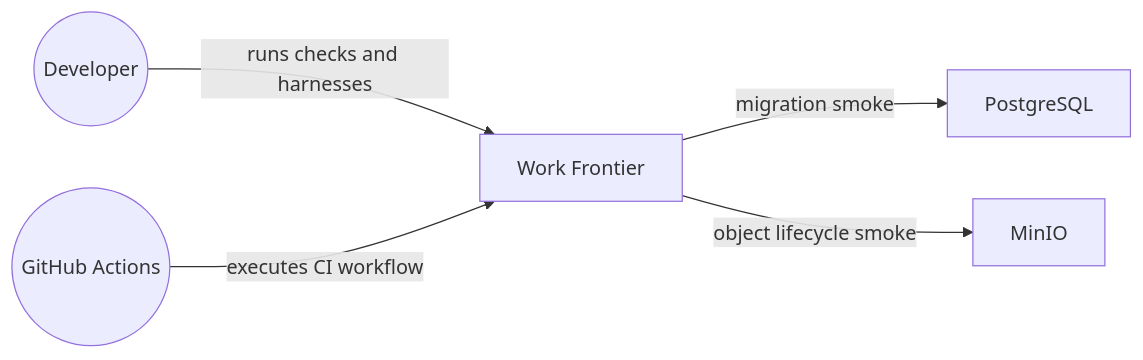
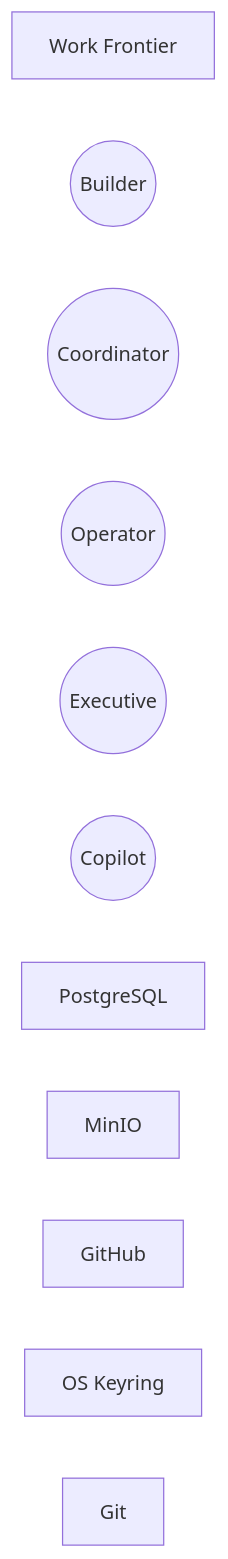
One commit to maemreyo/work-frontier changed the first of 2 diagrams in docs/anatomy/system-diagram.md. Above: the diagram before and after it, drawn with Mermaid. The commit also changed other lines of this file and 119 other files, not shown here.

````diff
--- a/docs/anatomy/system-diagram.md
+++ b/docs/anatomy/system-diagram.md
@@ -5,12 +5,14 @@
 ```mermaid
 graph LR
 system["Work Frontier"]
-actor0(("Developer"))
-actor1(("GitHub Actions"))
+actor0(("Builder"))
+actor1(("Coordinator"))
+actor2(("Operator"))
+actor3(("Executive"))
+actor4(("Copilot"))
 external0["PostgreSQL"]
 external1["MinIO"]
-actor0 -->|runs checks and harnesses| system
-actor1 -->|executes CI workflow| system
-system -->|migration smoke| external0
-system -->|object lifecycle smoke| external1
+external2["GitHub"]
+external3["OS Keyring"]
+external4["Git"]
 ```
````
